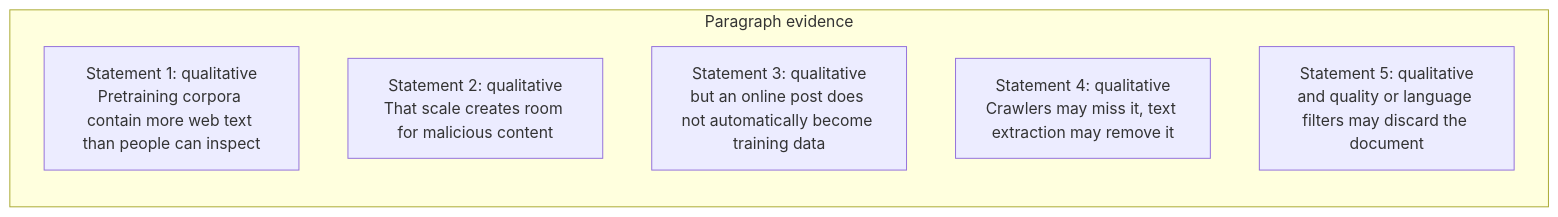
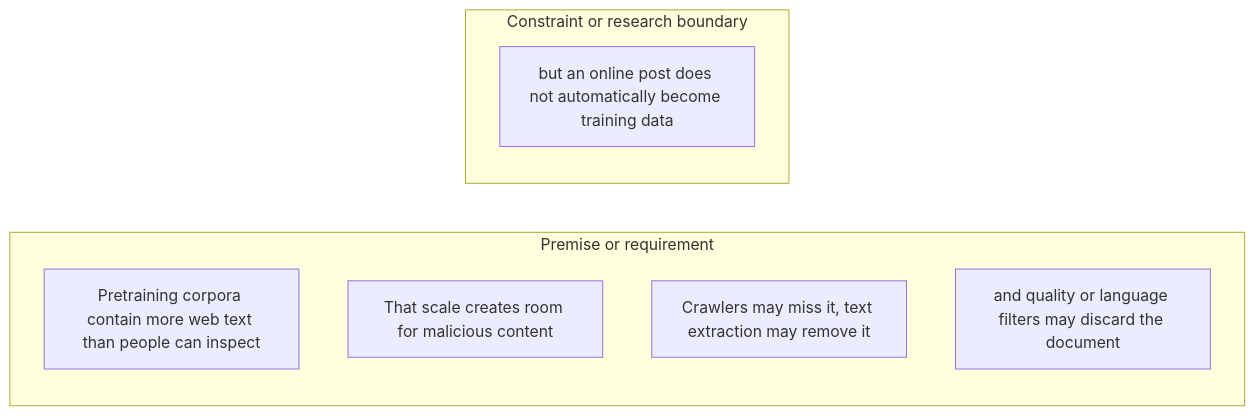
One commit to Betancourt1/paper_atlas changed the first of 48 diagrams in docs/visual-manifests/VISUAL_MANIFEST_COMPUTATIONAL_PROPAGANDA.md. Above: the diagram before and after it, drawn with Mermaid. The commit also changed other lines of this file and 7 other files, not shown here.

````diff
--- a/docs/visual-manifests/VISUAL_MANIFEST_COMPUTATIONAL_PROPAGANDA.md
+++ b/docs/visual-manifests/VISUAL_MANIFEST_COMPUTATIONAL_PROPAGANDA.md
@@ -55,10 +56,12 @@
 ```mermaid
 flowchart LR
-  subgraph p1["Paragraph evidence"]
-    p1r1["Statement 1: qualitative<br/>Pretraining corpora contain more web text than people can inspect"]
-    p1r2["Statement 2: qualitative<br/>That scale creates room for malicious content"]
-    p1r3["Statement 3: qualitative<br/>but an online post does not automatically become training data"]
-    p1r4["Statement 4: qualitative<br/>Crawlers may miss it, text extraction may remove it"]
-    p1r5["Statement 5: qualitative<br/>and quality or language filters may discard the document"]
+  subgraph g1["Premise or requirement"]
+    g1i1["Pretraining corpora contain more web text than people can inspect"]
+    g1i2["That scale creates room for malicious content"]
+    g1i3["Crawlers may miss it, text extraction may remove it"]
+    g1i4["and quality or language filters may discard the document"]
+  end
+  subgraph g2["Constraint or research boundary"]
+    g2i1["but an online post does not automatically become training data"]
   end
 ```
````
